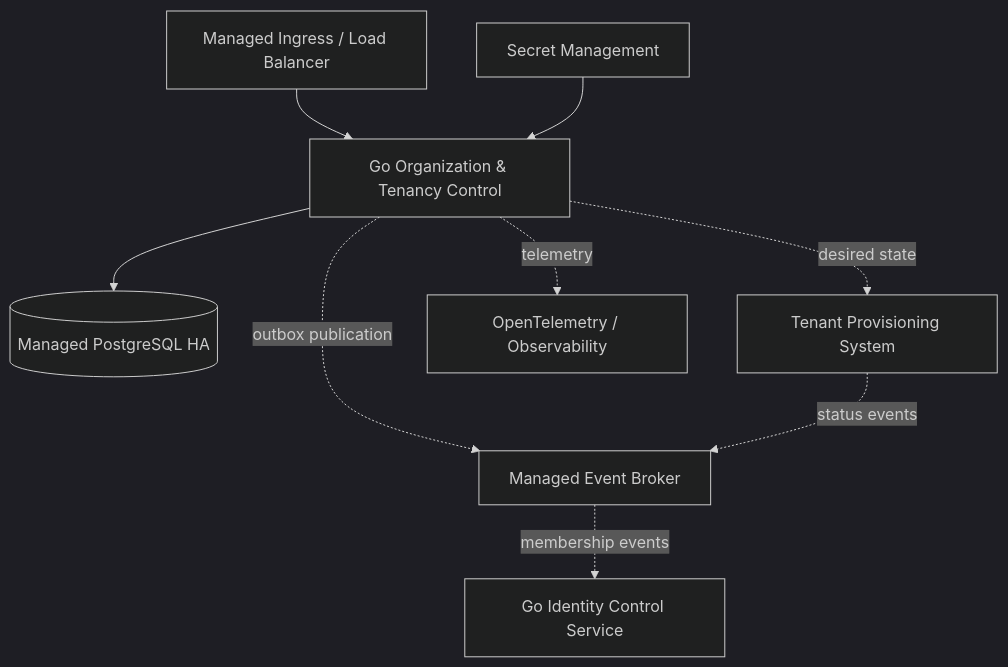
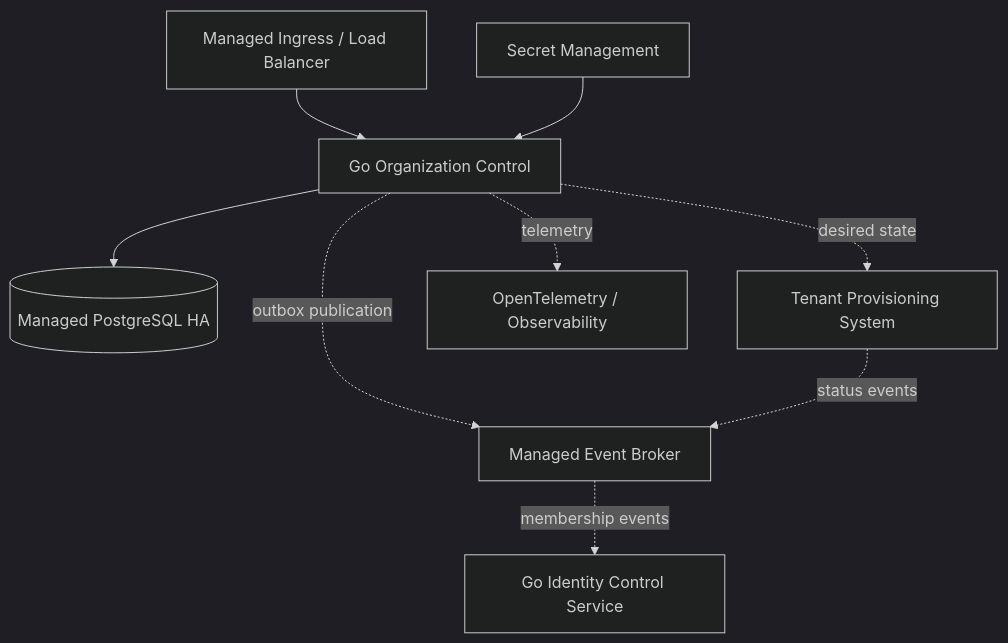
One commit to anshacerbia2/scnehaux-architecture changed the second of 8 diagrams in 04-system/scnehaux-organization/scnehaux-organization-control.sad.md. Above: the diagram before and after it, drawn with Mermaid (dark theme). The commit also changed other lines of this file and 45 other files, not shown here.

Commit message:
Align identity and tenancy architecture baseline

````diff
--- a/04-system/scnehaux-organization/scnehaux-organization-control.sad.md
+++ b/04-system/scnehaux-organization/scnehaux-organization-control.sad.md
@@ -156,20 +156,20 @@
 ```mermaid
 graph TB
     LB[Managed Ingress / Load Balancer]
-    APP[Go Organization & Tenancy Control]
+    APP[Go Organization Control]
     DB[(Managed PostgreSQL HA)]
     BROKER[Managed Event Broker]
     IDCTRL[Go Identity Control Service]
     PROV[Tenant Provisioning System]
     OBS[OpenTelemetry / Observability]
     SECRET[Secret Management]
 
     LB --> APP
     APP --> DB
     APP -. outbox publication .-> BROKER
     BROKER -. membership events .-> IDCTRL
     APP -. desired state .-> PROV
     PROV -. status events .-> BROKER
     SECRET --> APP
     APP -. telemetry .-> OBS
 ```
````
